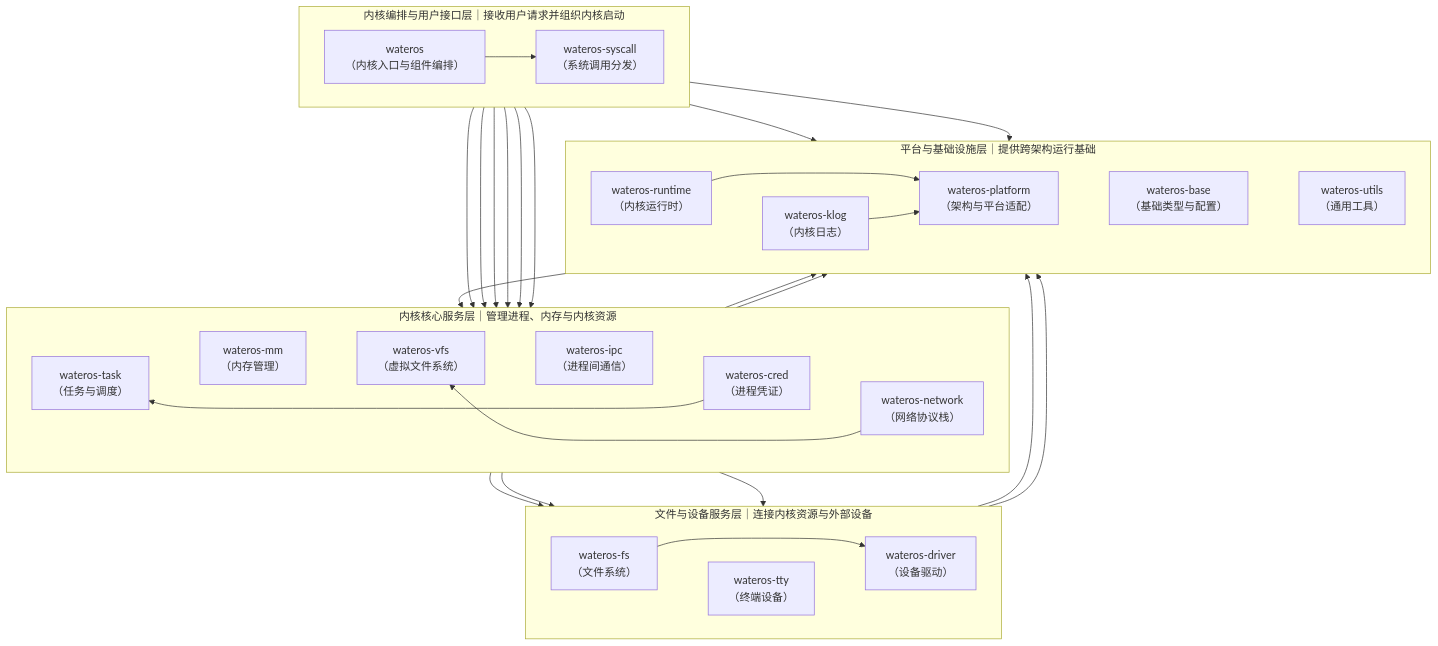
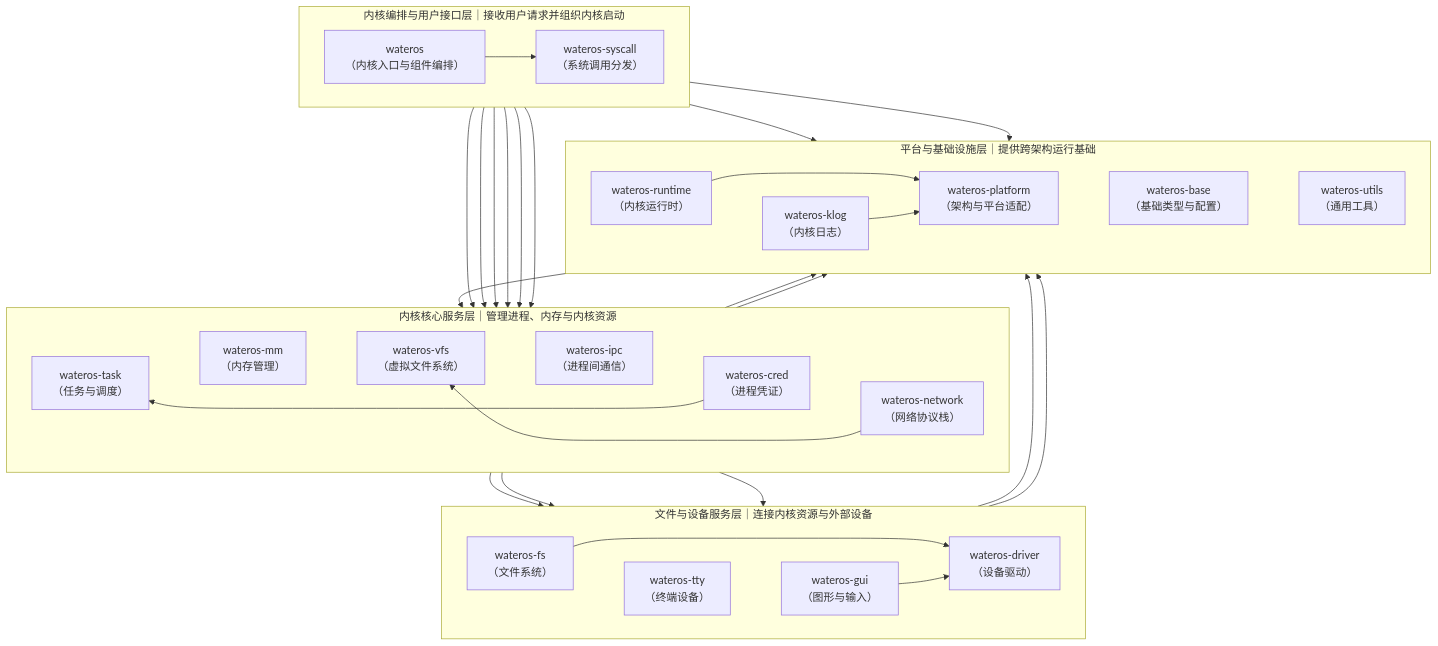
Before and after one commit to zhitian111/WaterOS: the diagram in docs/assert/diagrams/wateros-architecture.mmd, drawn with Mermaid. The commit also changed 11 other files, not shown here.

```diff
--- a/docs/assert/diagrams/wateros-architecture.mmd
+++ b/docs/assert/diagrams/wateros-architecture.mmd
@@ -1,68 +1,70 @@
 flowchart TB
 
   subgraph entry["内核编排与用户接口层｜接收用户请求并组织内核启动"]
     direction LR
     wateros["wateros<br/>（内核入口与组件编排）"]
     syscall["wateros-syscall<br/>（系统调用分发）"]
   end
 
   subgraph core["内核核心服务层｜管理进程、内存与内核资源"]
     direction LR
     task["wateros-task<br/>（任务与调度）"]
     mm["wateros-mm<br/>（内存管理）"]
     vfs["wateros-vfs<br/>（虚拟文件系统）"]
     ipc["wateros-ipc<br/>（进程间通信）"]
     cred["wateros-cred<br/>（进程凭证）"]
     network["wateros-network<br/>（网络协议栈）"]
   end
 
   subgraph io["文件与设备服务层｜连接内核资源与外部设备"]
     direction LR
     fs["wateros-fs<br/>（文件系统）"]
     tty["wateros-tty<br/>（终端设备）"]
+    gui["wateros-gui<br/>（图形与输入）"]
     driver["wateros-driver<br/>（设备驱动）"]
   end
 
   subgraph foundation["平台与基础设施层｜提供跨架构运行基础"]
     direction LR
     runtime["wateros-runtime<br/>（内核运行时）"]
     klog["wateros-klog<br/>（内核日志）"]
     platform["wateros-platform<br/>（架构与平台适配）"]
     base["wateros-base<br/>（基础类型与配置）"]
     utils["wateros-utils<br/>（通用工具）"]
   end
 
   wateros --> syscall
   wateros --> runtime
   wateros --> utils
 
   syscall --> task
   syscall --> mm
   syscall --> vfs
   syscall --> ipc
   syscall --> cred
   syscall --> network
 
   vfs --> fs
   vfs --> tty
+  gui --> driver
   network --> vfs
   cred --> task
   fs --> driver
   network --> driver
   driver --> platform
   runtime --> platform
   klog --> task
   klog --> platform
   task --> base
   mm --> base
   driver --> base
 
   task ~~~ mm ~~~ vfs ~~~ ipc ~~~ cred ~~~ network
-  fs ~~~ tty ~~~ driver
+  fs ~~~ tty ~~~ gui ~~~ driver
   runtime ~~~ klog ~~~ platform ~~~ base ~~~ utils
 
   class wateros boundary;
   class syscall configuration;
   class task,mm,vfs,ipc,cred,network service;
-  class fs,tty,driver interface;
+  class fs,tty,gui,driver interface;
   class runtime,klog,platform,base,utils foundation;
```
